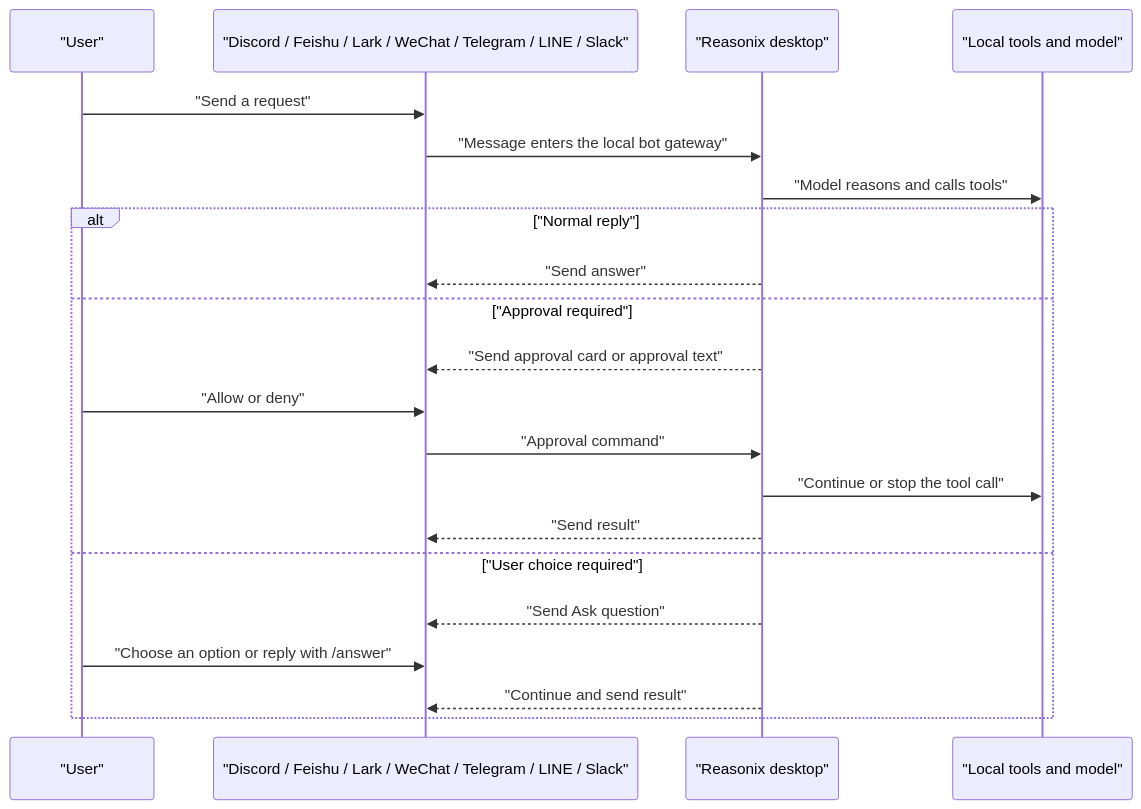
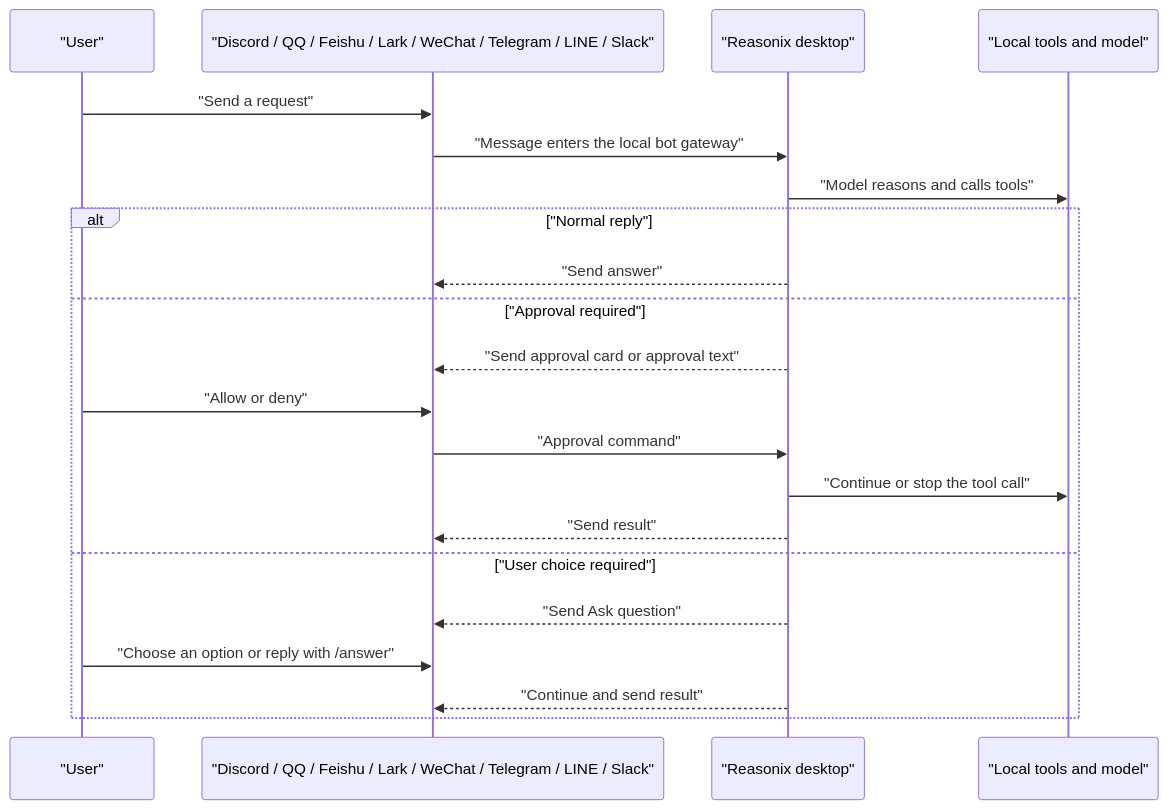
Before and after one commit to aliatx2017/reasonix-hermes: the second of 3 diagrams in docs/BOT_GUIDE.md, drawn with Mermaid. The commit also changed other lines of this file and 11 other files, not shown here.

````diff
--- a/docs/BOT_GUIDE.md
+++ b/docs/BOT_GUIDE.md
@@ -145,24 +145,24 @@
 ```mermaid
 sequenceDiagram
   participant U as "User"
-  participant IM as "Discord / Feishu / Lark / WeChat / Telegram / LINE / Slack"
+  participant IM as "Discord / QQ / Feishu / Lark / WeChat / Telegram / LINE / Slack"
   participant R as "Reasonix desktop"
   participant T as "Local tools and model"
 
   U->>IM: "Send a request"
   IM->>R: "Message enters the local bot gateway"
   R->>T: "Model reasons and calls tools"
   alt "Normal reply"
     R-->>IM: "Send answer"
   else "Approval required"
     R-->>IM: "Send approval card or approval text"
     U->>IM: "Allow or deny"
     IM->>R: "Approval command"
     R->>T: "Continue or stop the tool call"
     R-->>IM: "Send result"
   else "User choice required"
     R-->>IM: "Send Ask question"
     U->>IM: "Choose an option or reply with /answer"
     R-->>IM: "Continue and send result"
   end
 ```
````
